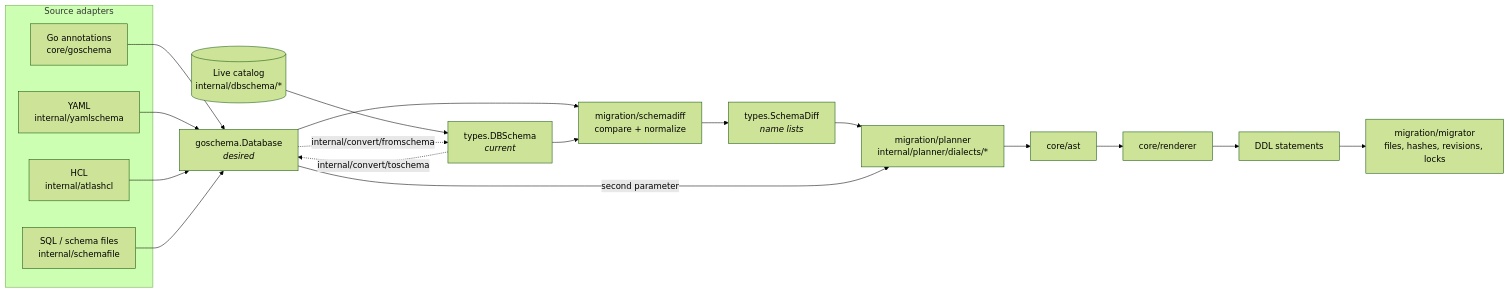
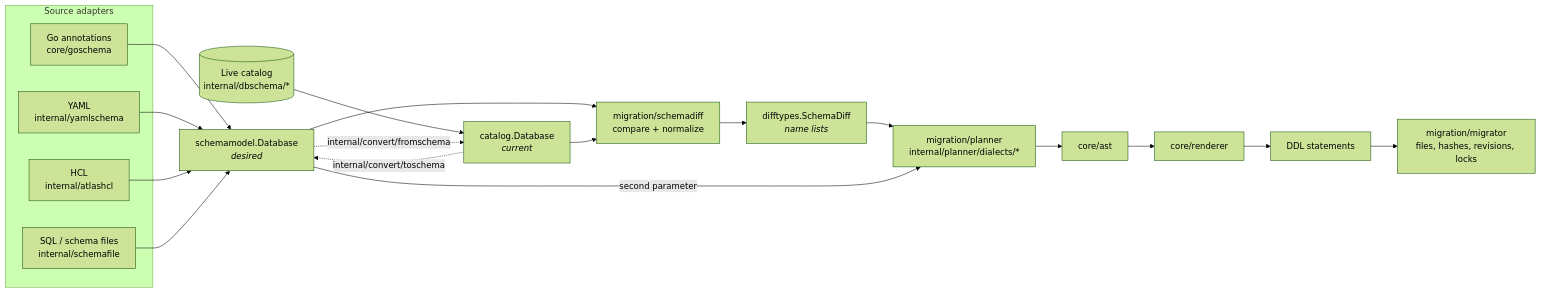
Before and after one commit to stokaro/ptah: the first of 4 diagrams in docs/adr/0001-canonical-schema-state-and-pipeline-boundaries.md, drawn with Mermaid (forest theme). The commit also changed other lines of this file and 972 other files, not shown here.

````diff
--- a/docs/adr/0001-canonical-schema-state-and-pipeline-boundaries.md
+++ b/docs/adr/0001-canonical-schema-state-and-pipeline-boundaries.md
@@ -124,29 +124,29 @@
 ```mermaid
 flowchart LR
   subgraph sources["Source adapters"]
     GO["Go annotations<br/>core/goschema"]
     YAML["YAML<br/>internal/yamlschema"]
     HCL["HCL<br/>internal/atlashcl"]
     SQLF["SQL / schema files<br/>internal/schemafile"]
   end
   DB[("Live catalog<br/>internal/dbschema/*")]
 
-  GO --> DESIRED["goschema.Database<br/><i>desired</i>"]
+  GO --> DESIRED["schemamodel.Database<br/><i>desired</i>"]
   YAML --> DESIRED
   HCL --> DESIRED
   SQLF --> DESIRED
-  DB --> CURRENT["types.DBSchema<br/><i>current</i>"]
+  DB --> CURRENT["catalog.Database<br/><i>current</i>"]
 
   CURRENT -. "internal/convert/toschema" .-> DESIRED
   DESIRED -. "internal/convert/fromschema" .-> CURRENT
 
   DESIRED --> CMP["migration/schemadiff<br/>compare + normalize"]
   CURRENT --> CMP
-  CMP --> DIFF["types.SchemaDiff<br/><i>name lists</i>"]
+  CMP --> DIFF["difftypes.SchemaDiff<br/><i>name lists</i>"]
   DIFF --> PLAN["migration/planner<br/>internal/planner/dialects/*"]
   DESIRED -- "second parameter" --> PLAN
   PLAN --> AST["core/ast"]
   AST --> REN["core/renderer"]
   REN --> SQL["DDL statements"]
   SQL --> EXEC["migration/migrator<br/>files, hashes, revisions, locks"]
 ```
````
